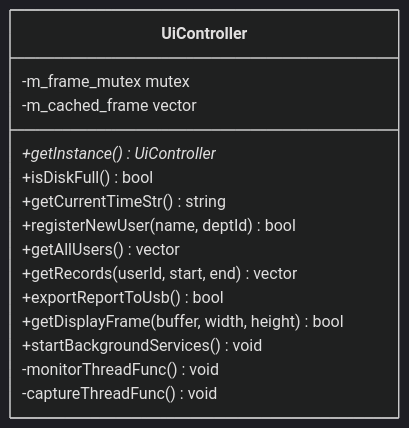
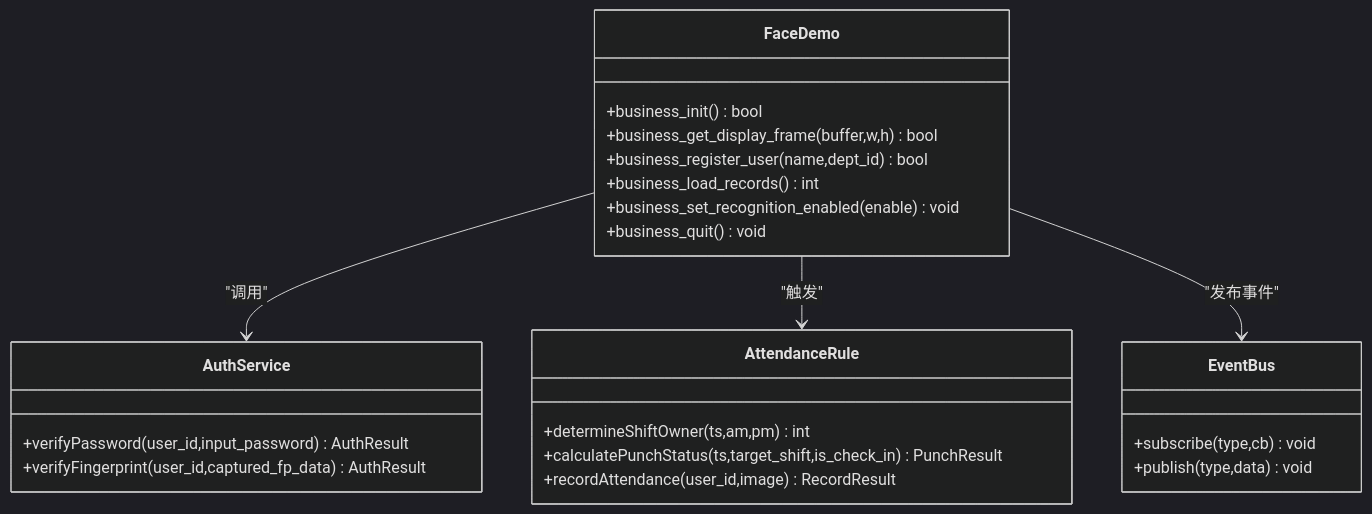
The fourth of 7 diagrams in .qoder/repowiki/zh/content/项目概述.md (Drunk552/SmartAttendance), drawn with Mermaid (dark theme) before and after one commit. The commit also changed other lines of this file and 119 other files, not shown here.

````diff
--- a/.qoder/repowiki/zh/content/项目概述.md
+++ b/.qoder/repowiki/zh/content/项目概述.md
@@ -154,18 +171,27 @@
 ```mermaid
 classDiagram
-class UiController {
-+getInstance() UiController*
-+isDiskFull() bool
-+getCurrentTimeStr() string
-+registerNewUser(name, deptId) bool
-+getAllUsers() vector<UserData>
-+getRecords(userId, start, end) vector<AttendanceRecord>
-+exportReportToUsb() bool
-+getDisplayFrame(buffer, width, height) bool
-+startBackgroundServices() void
--monitorThreadFunc() void
--captureThreadFunc() void
--m_frame_mutex mutex
--m_cached_frame vector<uint8_t>
+class FaceDemo {
++business_init() bool
++business_get_display_frame(buffer,w,h) bool
++business_register_user(name,dept_id) bool
++business_load_records() int
++business_set_recognition_enabled(enable) void
++business_quit() void
 }
+class AuthService {
++verifyPassword(user_id,input_password) AuthResult
++verifyFingerprint(user_id,captured_fp_data) AuthResult
+}
+class AttendanceRule {
++determineShiftOwner(ts,am,pm) int
++calculatePunchStatus(ts,target_shift,is_check_in) PunchResult
++recordAttendance(user_id,image) RecordResult
+}
+class EventBus {
++subscribe(type,cb) void
++publish(type,data) void
+}
+FaceDemo --> AuthService : "调用"
+FaceDemo --> AttendanceRule : "触发"
+FaceDemo --> EventBus : "发布事件"
 ```
````
